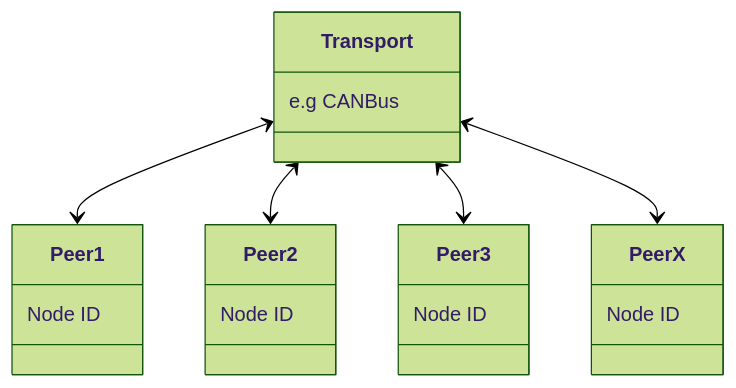
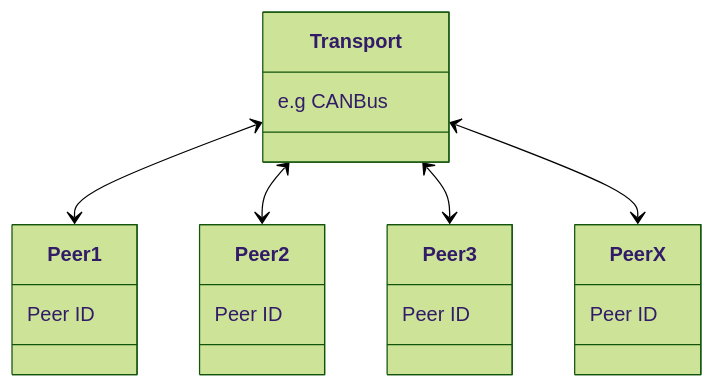
Before and after one commit to CedyrLabs/DroneCAN: the diagram in README.md, drawn with Mermaid (forest theme). The commit also changed other lines of this file, not shown here.

````diff
--- a/README.md
+++ b/README.md
@@ -50,22 +36,22 @@
 ```mermaid
 classDiagram
     Transport <--> Peer1
     Transport <--> Peer2
     Transport <--> Peer3
     Transport <--> PeerX
     class Transport{
         e.g CANBus
     }
     class Peer1{
-        Node ID
+        Peer ID
     }
     class Peer2{
-        Node ID
+        Peer ID
     }
     class Peer3{
-        Node ID
+        Peer ID
     }
     class PeerX{
-        Node ID
+        Peer ID
     }
 ```
````
